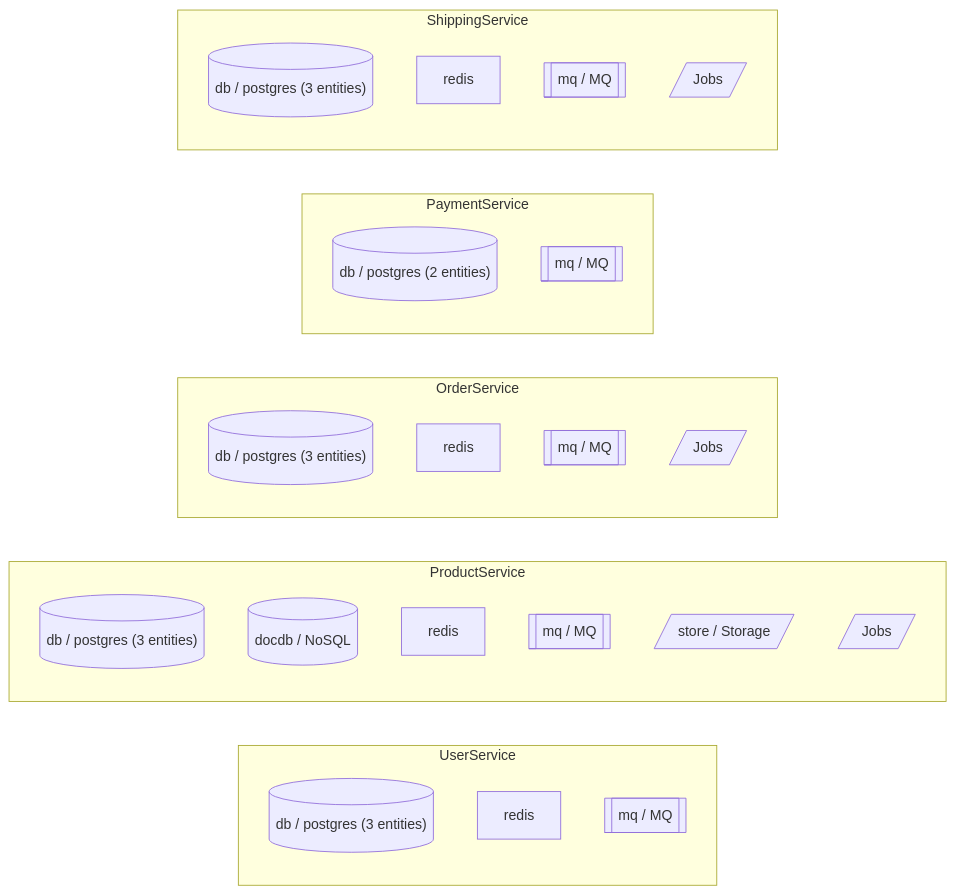
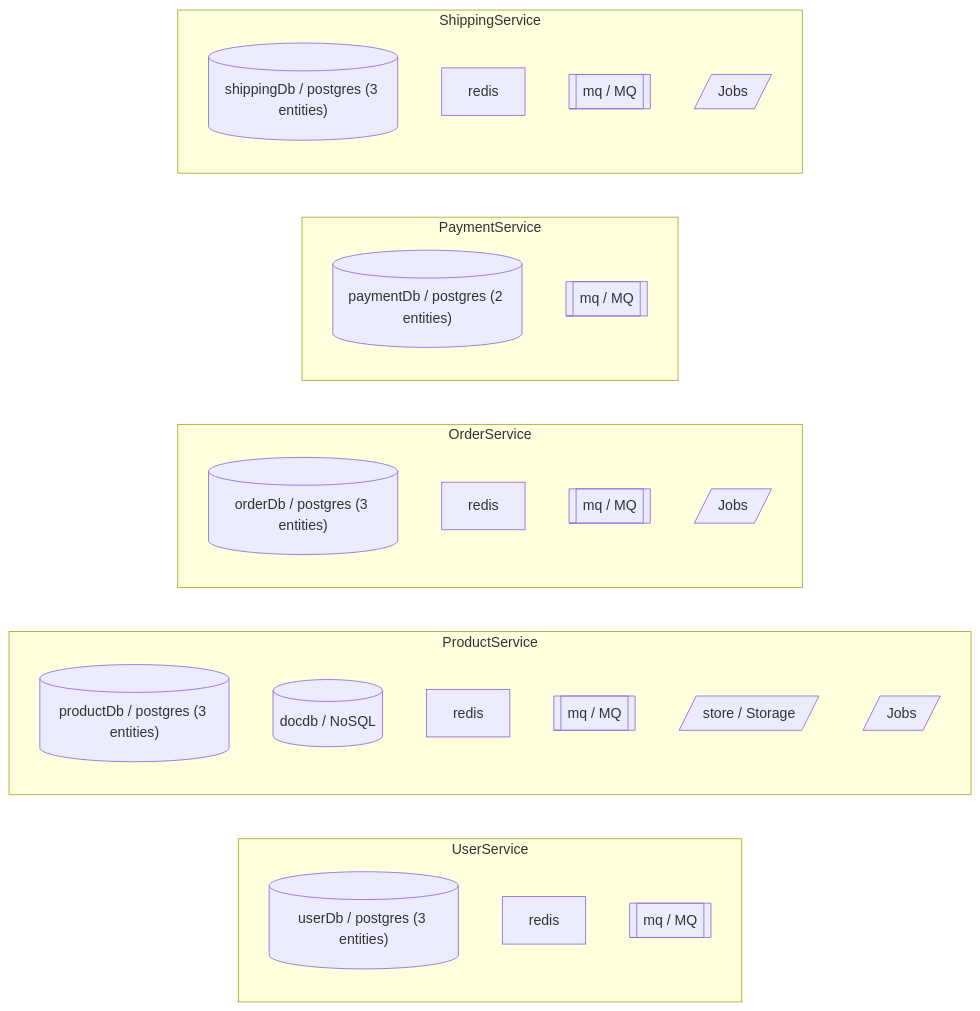
One commit to keturk/datrix changed the diagram in examples/02-domains/ecommerce/docs/diagrams/infrastructure.md. Above: the diagram before and after it, drawn with Mermaid. The commit also changed 158 other files, not shown here.

First line of the commit message:
Examples: name RDBMS blocks and align diagrams/docs with multi-datasource style

````diff
--- a/examples/02-domains/ecommerce/docs/diagrams/infrastructure.md
+++ b/examples/02-domains/ecommerce/docs/diagrams/infrastructure.md
@@ -3,32 +3,32 @@
 ```mermaid
 graph LR
     subgraph "UserService"
-    user_service_rdbms_db[("db / postgres (3 entities)")]
+    user_service_rdbms_user_db[("userDb / postgres (3 entities)")]
     user_service_cache["redis"]
     user_service_mq_mq[["mq / MQ"]]
     end
     subgraph "ProductService"
-    product_service_rdbms_db[("db / postgres (3 entities)")]
+    product_service_rdbms_product_db[("productDb / postgres (3 entities)")]
     product_service_nosql_docdb[("docdb / NoSQL")]
     product_service_cache["redis"]
     product_service_mq_mq[["mq / MQ"]]
     product_service_storage_store[/"store / Storage"/]
     product_service_jobs[/"Jobs"/]
     end
     subgraph "OrderService"
-    order_service_rdbms_db[("db / postgres (3 entities)")]
+    order_service_rdbms_order_db[("orderDb / postgres (3 entities)")]
     order_service_cache["redis"]
     order_service_mq_mq[["mq / MQ"]]
     order_service_jobs[/"Jobs"/]
     end
     subgraph "PaymentService"
-    payment_service_rdbms_db[("db / postgres (2 entities)")]
+    payment_service_rdbms_payment_db[("paymentDb / postgres (2 entities)")]
     payment_service_mq_mq[["mq / MQ"]]
     end
     subgraph "ShippingService"
-    shipping_service_rdbms_db[("db / postgres (3 entities)")]
+    shipping_service_rdbms_shipping_db[("shippingDb / postgres (3 entities)")]
     shipping_service_cache["redis"]
     shipping_service_mq_mq[["mq / MQ"]]
     shipping_service_jobs[/"Jobs"/]
     end
 ```
````
